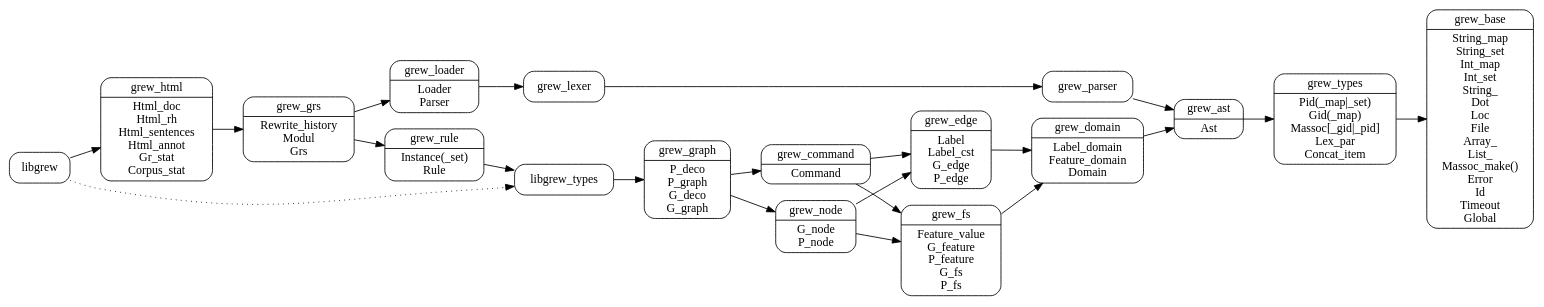
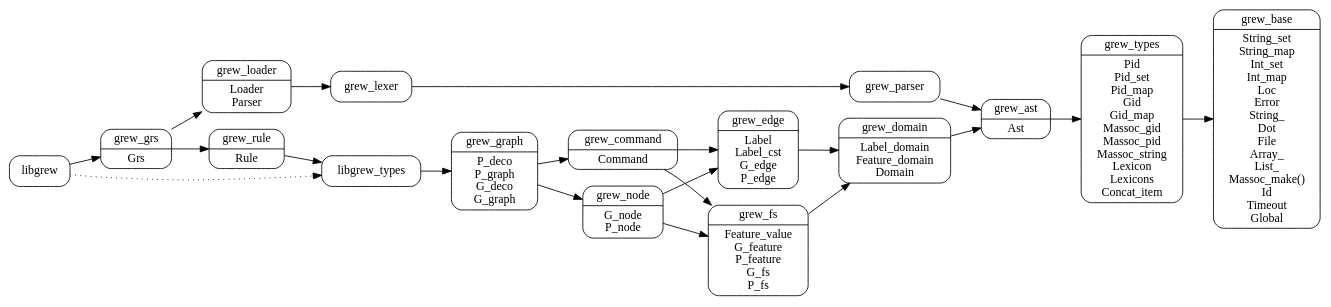
Before and after one commit to grew-nlp/grewlib: the diagram in dev/arch.dot, drawn with Graphviz. The commit also changed 6 other files, not shown here.

```diff
--- a/dev/arch.dot
+++ b/dev/arch.dot
@@ -1,35 +1,33 @@
 digraph grew {
   node [shape=Mrecord];
   rankdir = LR;
-  grew_base [label="grew_base|String_map\nString_set\nInt_map\nInt_set\nString_\nDot\nLoc\nFile\nArray_\nList_\nMassoc_make()\nError\nId\nTimeout\nGlobal"]
-  grew_types [label="grew_types|Pid(_map\|_set)\nGid(_map)\nMassoc[_gid\|_pid]\nLex_par\nConcat_item"]
+  grew_base [label="grew_base|String_set\nString_map\nInt_set\nInt_map\nLoc\nError\nString_\nDot\nFile\nArray_\nList_\nMassoc_make()\nId\nTimeout\nGlobal"]
+  grew_types [label="grew_types|Pid\nPid_set\nPid_map\nGid\nGid_map\nMassoc_gid\nMassoc_pid\nMassoc_string\nLexicon\nLexicons\nConcat_item"]
   grew_ast [label="grew_ast|Ast"]
   grew_domain [label="grew_domain|Label_domain\nFeature_domain\nDomain"]
   grew_loader [label="grew_loader|Loader\nParser"]
   grew_fs [label="grew_fs|Feature_value\nG_feature\nP_feature\nG_fs\nP_fs"]
   grew_edge [label="grew_edge|Label\nLabel_cst\nG_edge\nP_edge"]
   grew_node [label="grew_node|G_node\nP_node"]
   grew_command [label="grew_command|Command"]
   grew_graph [label="grew_graph|P_deco\nP_graph\nG_deco\nG_graph"]
-  grew_rule [label="grew_rule|Instance(_set)\nRule"]
-  grew_grs [label="grew_grs|Rewrite_history\nModul\nGrs"]
-  grew_html [label="grew_html|Html_doc\nHtml_rh\nHtml_sentences\nHtml_annot\nGr_stat\nCorpus_stat"]
+  grew_rule [label="grew_rule|Rule"]
+  grew_grs [label="grew_grs|Grs"]
 
 grew_domain -> grew_ast -> grew_types -> grew_base
 grew_edge -> grew_domain
 grew_fs -> grew_domain
 grew_command -> grew_edge
 grew_command -> grew_fs
 grew_node -> grew_edge
 grew_node -> grew_fs
 grew_graph -> grew_node
 grew_graph -> grew_command
 libgrew_types -> grew_graph
 grew_rule -> libgrew_types
 grew_grs -> grew_rule
 grew_grs -> grew_loader -> grew_lexer -> grew_parser -> grew_ast
-grew_html -> grew_grs
-libgrew -> grew_html
+libgrew -> grew_grs
 
 libgrew -> libgrew_types [style=dotted]
 }
```
